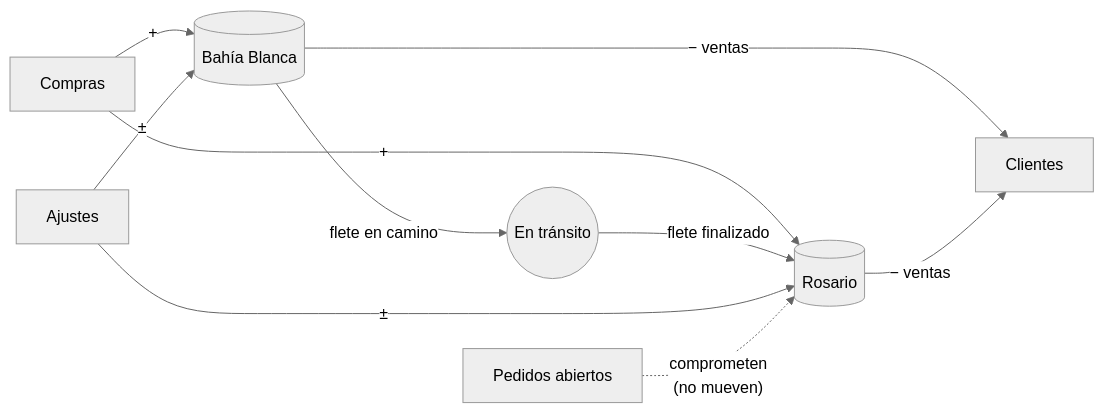
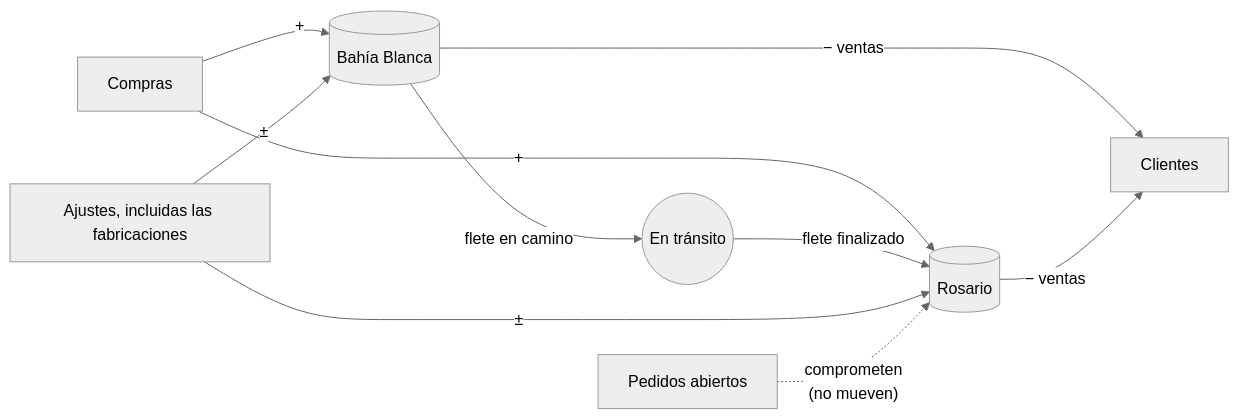
The ninth of 10 diagrams in spec/modelo-de-datos.md (magalipujol/ERPeq), drawn with Mermaid (neutral theme) before and after one commit. The commit also changed other lines of this file and 33 other files, not shown here.

````diff
--- a/spec/modelo-de-datos.md
+++ b/spec/modelo-de-datos.md
@@ -594,12 +623,12 @@
 ```mermaid
 flowchart LR
     CO[Compras] -- "+" --> D1[(Bahía Blanca)]
     CO -- "+" --> D2[(Rosario)]
     D1 -- "flete en camino" --> T((En tránsito))
     T -- "flete finalizado" --> D2
     D1 -- "− ventas" --> CL[Clientes]
     D2 -- "− ventas" --> CL
-    AJ[Ajustes] -- "±" --> D1
+    AJ[Ajustes, incluidas las fabricaciones] -- "±" --> D1
     AJ -- "±" --> D2
     PE[Pedidos abiertos] -. "comprometen<br/>(no mueven)" .-> D2
 ```
````
